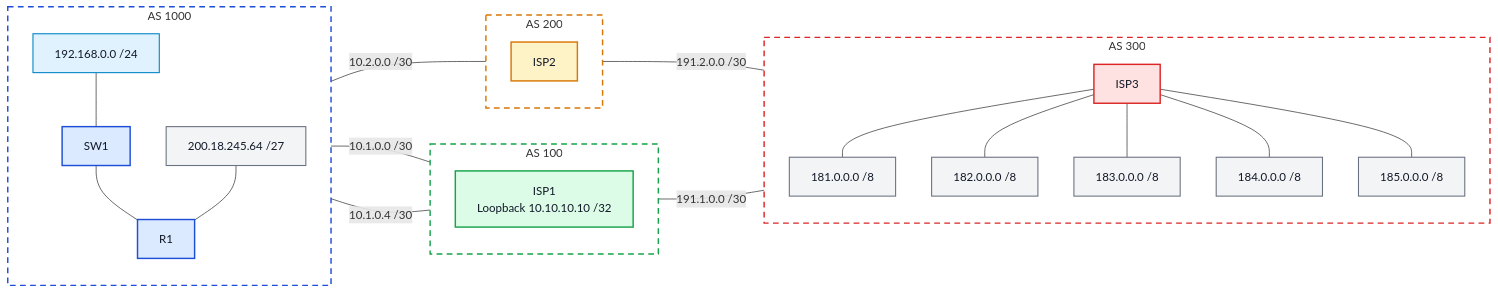
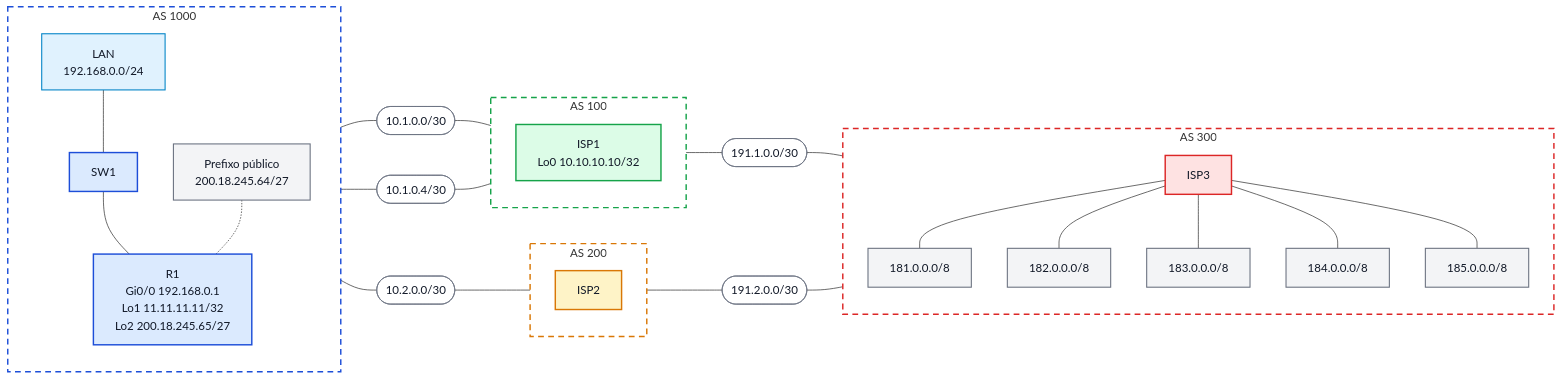
The diagram in labs/lab08.md (oficialvzi/PTR), drawn with Mermaid before and after one commit. The commit also changed 3 other files, not shown here.

First line of the commit message:
Redesenha topologia dos labs 06 a 09 com enlaces como nos para evitar sobreposicao

````diff
--- a/labs/lab08.md
+++ b/labs/lab08.md
@@ -96,71 +96,74 @@
 ```mermaid
 flowchart LR
-    %% ===== AS 1000 =====
     subgraph AS1000["AS 1000"]
         direction TB
-        PFX1["200.18.245.64 /27"]
+        LAN1["LAN<br/>192.168.0.0/24"]
         SW1["SW1"]
-        LAN1["192.168.0.0 /24"]
-        R1["R1"]
+        R1["R1<br/>Gi0/0 192.168.0.1<br/>Lo1 11.11.11.11/32<br/>Lo2 200.18.245.65/27"]
+        PFX1["Prefixo público<br/>200.18.245.64/27"]
 
         LAN1 --- SW1
         SW1 --- R1
-        PFX1 --- R1
+        PFX1 -.- R1
     end
 
-    %% ===== AS 100 =====
     subgraph AS100["AS 100"]
         direction TB
-        ISP1["ISP1<br/>Loopback 10.10.10.10 /32"]
+        ISP1["ISP1<br/>Lo0 10.10.10.10/32"]
     end
 
-    %% ===== AS 200 =====
     subgraph AS200["AS 200"]
         direction TB
         ISP2["ISP2"]
     end
 
-    %% ===== AS 300 =====
     subgraph AS300["AS 300"]
         direction TB
         ISP3["ISP3"]
-        P181["181.0.0.0 /8"]
-        P182["182.0.0.0 /8"]
-        P183["183.0.0.0 /8"]
-        P184["184.0.0.0 /8"]
-        P185["185.0.0.0 /8"]
+        P181["181.0.0.0/8"]
+        P182["182.0.0.0/8"]
+        P183["183.0.0.0/8"]
+        P184["184.0.0.0/8"]
+        P185["185.0.0.0/8"]
 
         ISP3 --- P181
         ISP3 --- P182
         ISP3 --- P183
         ISP3 --- P184
         ISP3 --- P185
     end
 
-    %% ===== Links =====
-    R1 ---|10.1.0.0 /30| ISP1
-    R1 ---|10.1.0.4 /30| ISP1
-    R1 ---|10.2.0.0 /30| ISP2
-    ISP1 ---|191.1.0.0 /30| ISP3
-    ISP2 ---|191.2.0.0 /30| ISP3
+    %% Enlaces representados como nós, para evitar sobreposição de rótulos
+    N1(["10.1.0.0/30"])
+    N2(["10.1.0.4/30"])
+    N3(["10.2.0.0/30"])
+    N4(["191.1.0.0/30"])
+    N5(["191.2.0.0/30"])
 
-    %% ===== Classes =====
+    R1 --- N1 --- ISP1
+    R1 --- N2 --- ISP1
+    R1 --- N3 --- ISP2
+    ISP1 --- N4 --- ISP3
+    ISP2 --- N5 --- ISP3
+
     classDef empresa fill:#dbeafe,stroke:#1d4ed8,color:#111827,stroke-width:2px;
     classDef isp1 fill:#dcfce7,stroke:#16a34a,color:#111827,stroke-width:2px;
     classDef isp2 fill:#fef3c7,stroke:#d97706,color:#111827,stroke-width:2px;
     classDef isp3 fill:#fee2e2,stroke:#dc2626,color:#111827,stroke-width:2px;
     classDef prefixo fill:#f3f4f6,stroke:#6b7280,color:#111827,stroke-width:1.5px;
     classDef lan fill:#e0f2fe,stroke:#0284c7,color:#111827,stroke-width:1.5px;
+    classDef enlace fill:#ffffff,stroke:#6b7280,color:#111827,stroke-width:1px;
 
     class R1,SW1 empresa;
     class ISP1 isp1;
     class ISP2 isp2;
     class ISP3 isp3;
     class PFX1,P181,P182,P183,P184,P185 prefixo;
     class LAN1 lan;
+    class N1,N2,N3,N4,N5 enlace;
 
     style AS1000 fill:transparent,stroke:#1d4ed8,stroke-width:2px,stroke-dasharray: 8 6
     style AS100 fill:transparent,stroke:#16a34a,stroke-width:2px,stroke-dasharray: 8 6
     style AS200 fill:transparent,stroke:#d97706,stroke-width:2px,stroke-dasharray: 8 6
     style AS300 fill:transparent,stroke:#dc2626,stroke-width:2px,stroke-dasharray: 8 6
 ```
````
